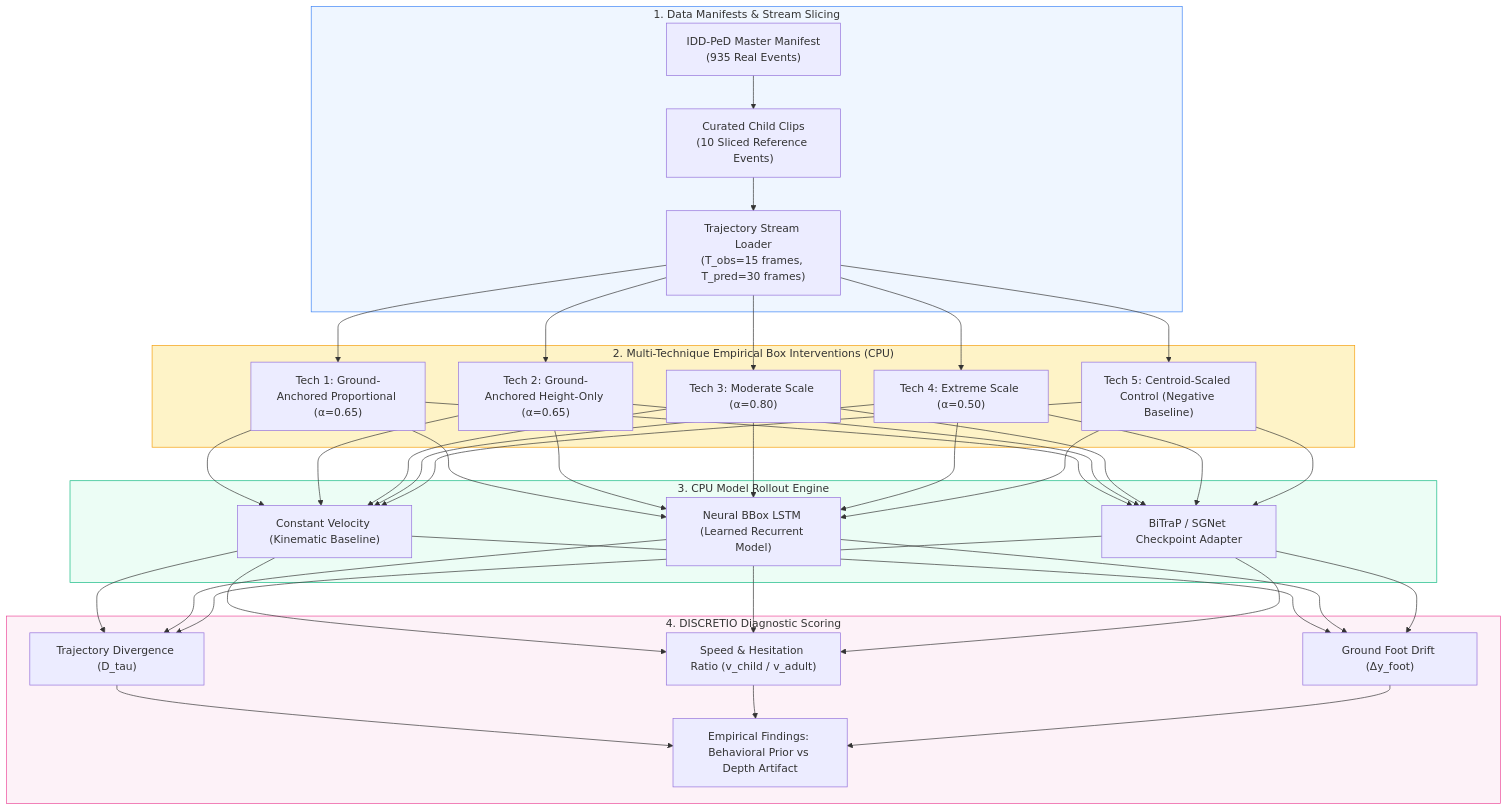
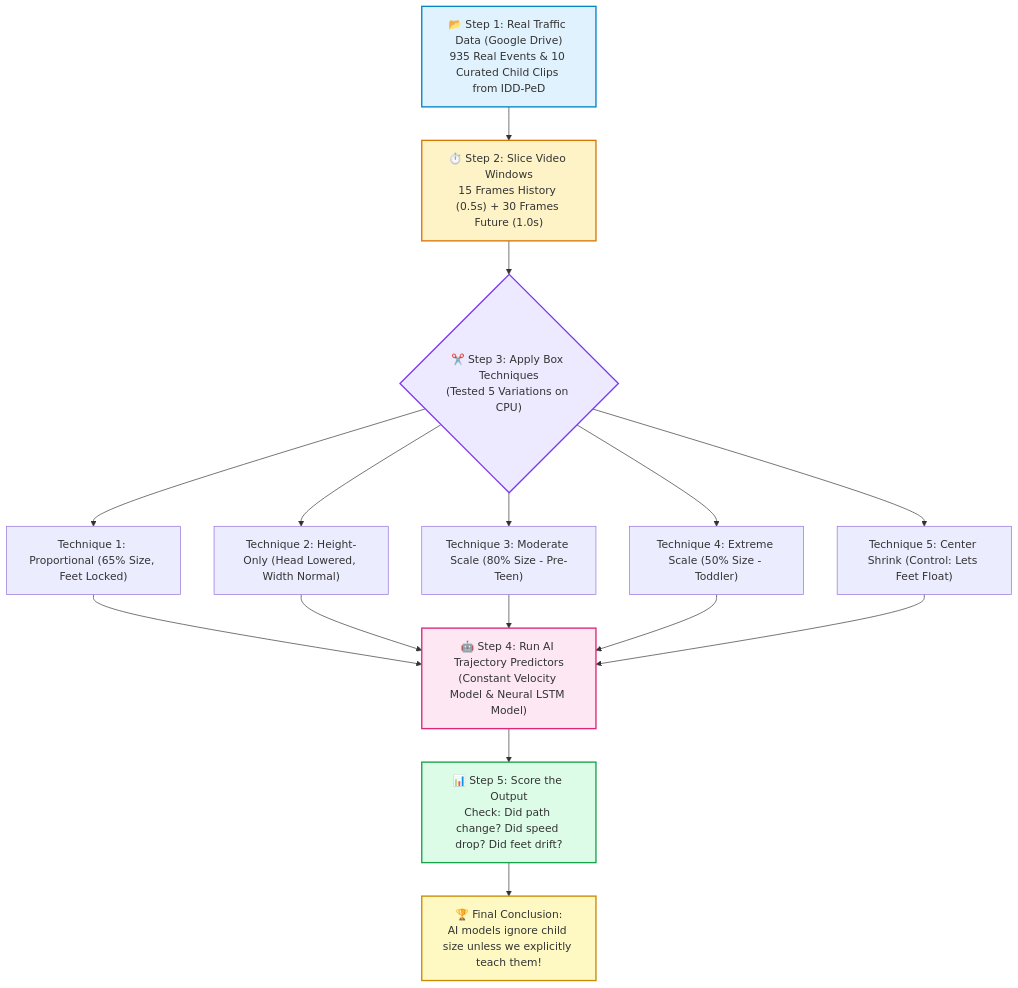
The diagram in README.md (tezendrax/Discretio), drawn with Mermaid before and after one commit. The commit also changed other lines of this file, not shown here.

Commit message:
docs: Rewrite README with simple 10-year-old style explanation, architecture flowchart, and presentation script

````diff
--- a/README.md
+++ b/README.md
@@ -67,33 +95,25 @@
 ```mermaid
 flowchart TD
-    subgraph Data["1. Data Manifests & Stream Slicing"]
-        A["IDD-PeD Master Manifest\n(935 Real Events)"] --> B["Curated Child Clips\n(10 Sliced Reference Events)"]
-        B --> C["Trajectory Stream Loader\n(T_obs=15 frames, T_pred=30 frames)"]
-    end
+    A["📂 Step 1: Real Traffic Data (Google Drive)\n935 Real Events & 10 Curated Child Clips from IDD-PeD"] --> B["⏱️ Step 2: Slice Video Windows\n15 Frames History (0.5s) + 30 Frames Future (1.0s)"]
+    
+    B --> C{"✂️ Step 3: Apply Box Techniques\n(Tested 5 Variations on CPU)"}
+    
+    C --> T1["Technique 1: Proportional (65% Size, Feet Locked)"]
+    C --> T2["Technique 2: Height-Only (Head Lowered, Width Normal)"]
+    C --> T3["Technique 3: Moderate Scale (80% Size - Pre-Teen)"]
+    C --> T4["Technique 4: Extreme Scale (50% Size - Toddler)"]
+    C --> T5["Technique 5: Center Shrink (Control: Lets Feet Float)"]
+    
+    T1 & T2 & T3 & T4 & T5 --> D["🤖 Step 4: Run AI Trajectory Predictors\n(Constant Velocity Model & Neural LSTM Model)"]
+    
+    D --> E["📊 Step 5: Score the Output\nCheck: Did path change? Did speed drop? Did feet drift?"]
+    
+    E --> F["🏆 Final Conclusion:\nAI models ignore child size unless we explicitly teach them!"]
 
-    subgraph Techniques["2. Multi-Technique Empirical Box Interventions (CPU)"]
-        C --> T1["Tech 1: Ground-Anchored Proportional (α=0.65)"]
-        C --> T2["Tech 2: Ground-Anchored Height-Only (α=0.65)"]
-        C --> T3["Tech 3: Moderate Scale (α=0.80)"]
-        C --> T4["Tech 4: Extreme Scale (α=0.50)"]
-        C --> T5["Tech 5: Centroid-Scaled Control (Negative Baseline)"]
-    end
-
-    subgraph Models["3. CPU Model Rollout Engine"]
-        T1 & T2 & T3 & T4 & T5 --> M1["Constant Velocity (Kinematic Baseline)"]
-        T1 & T2 & T3 & T4 & T5 --> M2["Neural BBox LSTM (Learned Recurrent Model)"]
-        T1 & T2 & T3 & T4 & T5 --> M3["BiTraP / SGNet Checkpoint Adapter"]
-    end
-
-    subgraph Diagnostics["4. DISCRETIO Diagnostic Scoring"]
-        M1 & M2 & M3 --> D1["Trajectory Divergence (D_tau)"]
-        M1 & M2 & M3 --> D2["Speed & Hesitation Ratio (v_child / v_adult)"]
-        M1 & M2 & M3 --> D3["Ground Foot Drift (Δy_foot)"]
-        D1 & D2 & D3 --> RES["Empirical Findings: Behavioral Prior vs Depth Artifact"]
-    end
-
-    style Data fill:#eff6ff,stroke:#3b82f6,stroke-width:1px
-    style Techniques fill:#fef3c7,stroke:#f59e0b,stroke-width:1px
-    style Models fill:#ecfdf5,stroke:#10b981,stroke-width:1px
-    style Diagnostics fill:#fdf2f8,stroke:#ec4899,stroke-width:1px
+    style A fill:#e0f2fe,stroke:#0284c7,stroke-width:2px
+    style B fill:#fef3c7,stroke:#d97706,stroke-width:2px
+    style C fill:#ede9fe,stroke:#7c3aed,stroke-width:2px
+    style D fill:#fce7f3,stroke:#db2777,stroke-width:2px
+    style E fill:#dcfce7,stroke:#16a34a,stroke-width:2px
+    style F fill:#fef9c3,stroke:#ca8a04,stroke-width:2px
 ```
````
